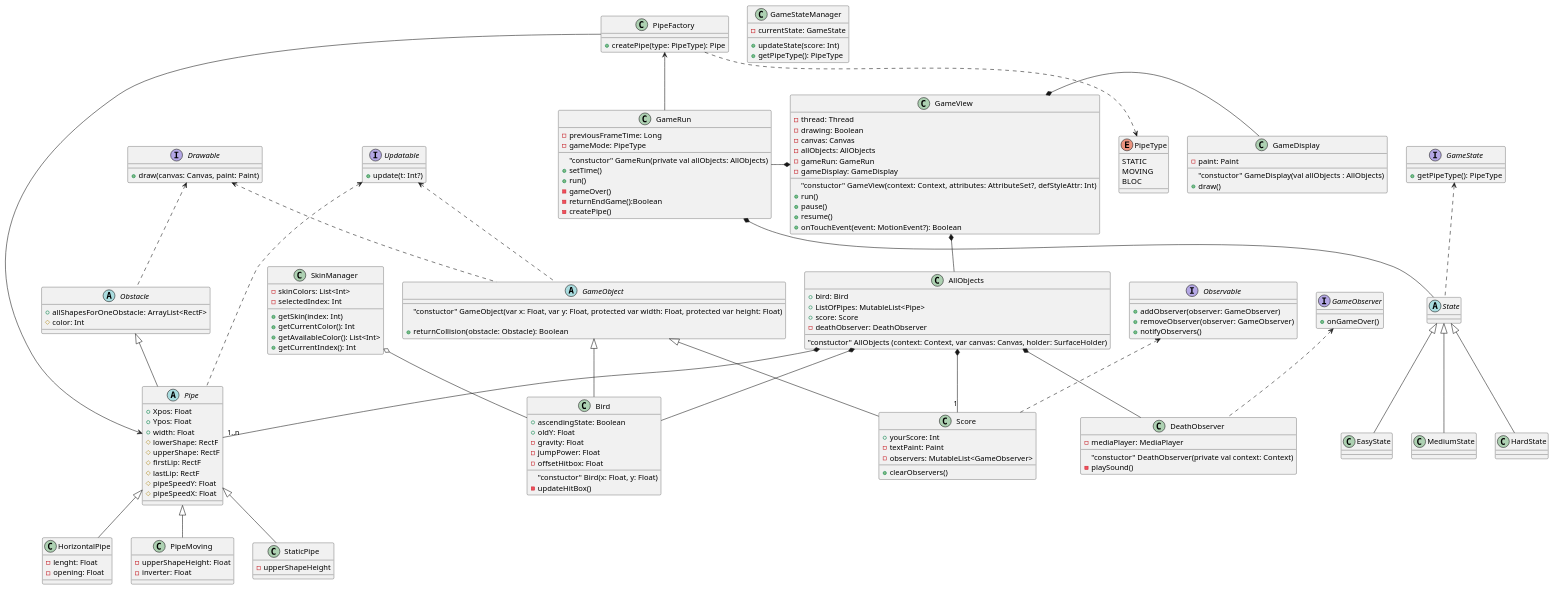
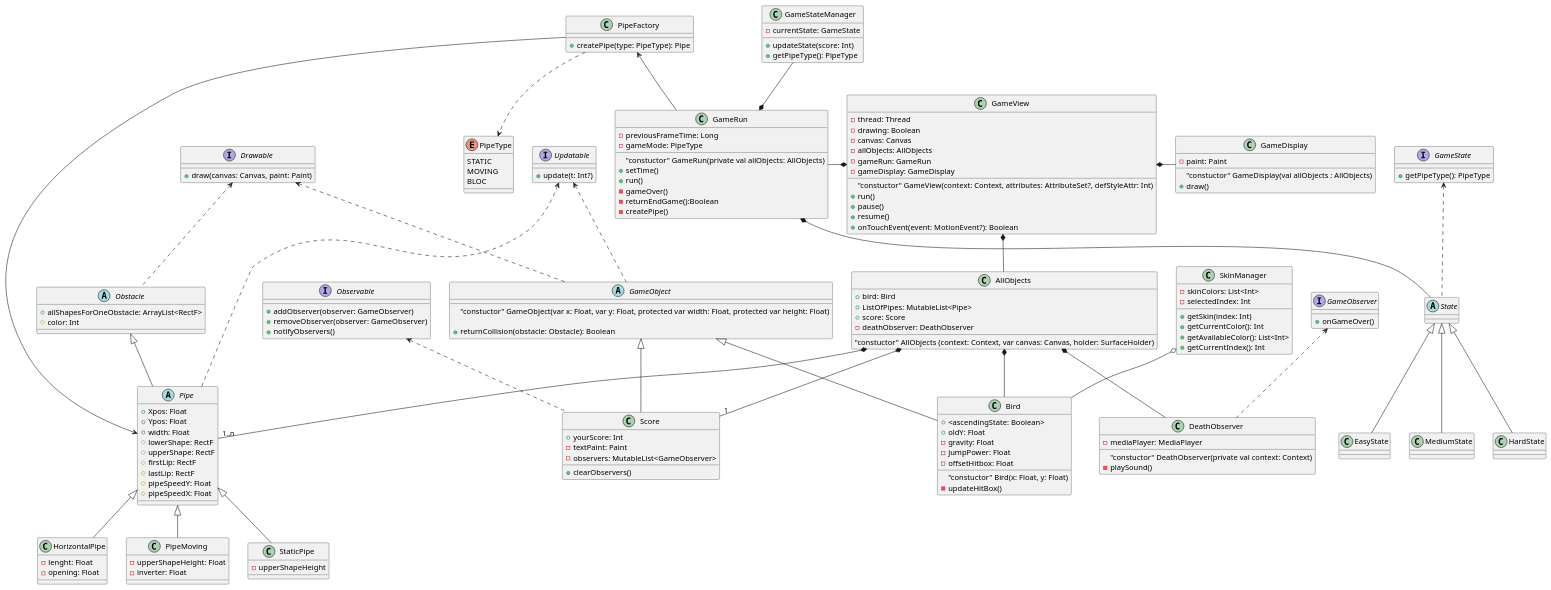
One commit to Macka23/flappybird changed the diagram in app/src/main/java/com/example/flappybird/UML/ClassUML.puml. Above: the diagram before and after it, drawn with PlantUML. The commit also changed 2 other files, not shown here.

```diff
--- a/app/src/main/java/com/example/flappybird/UML/ClassUML.puml
+++ b/app/src/main/java/com/example/flappybird/UML/ClassUML.puml
@@ -51,7 +51,7 @@
 
 class Bird {
     "constuctor" Bird(x: Float, y: Float)
-    + ascendingState: Boolean
+    + <ascendingState: Boolean>
     + oldY: Float
     - gravity: Float
     - jumpPower: Float
@@ -181,6 +181,8 @@
 
 PipeFactory --> Pipe
 PipeFactory <-- GameRun
+GameRun -[hidden]-> PipeFactory
+
 PipeFactory ..> PipeType
 
 GameObject <|-- Bird
@@ -203,5 +205,7 @@
 State <|-- MediumState
 State <|-- HardState
 GameState <.. State
+GameStateManager --* GameRun
+GameStateManager -[hidden]-> GameView
 
 @enduml
```
